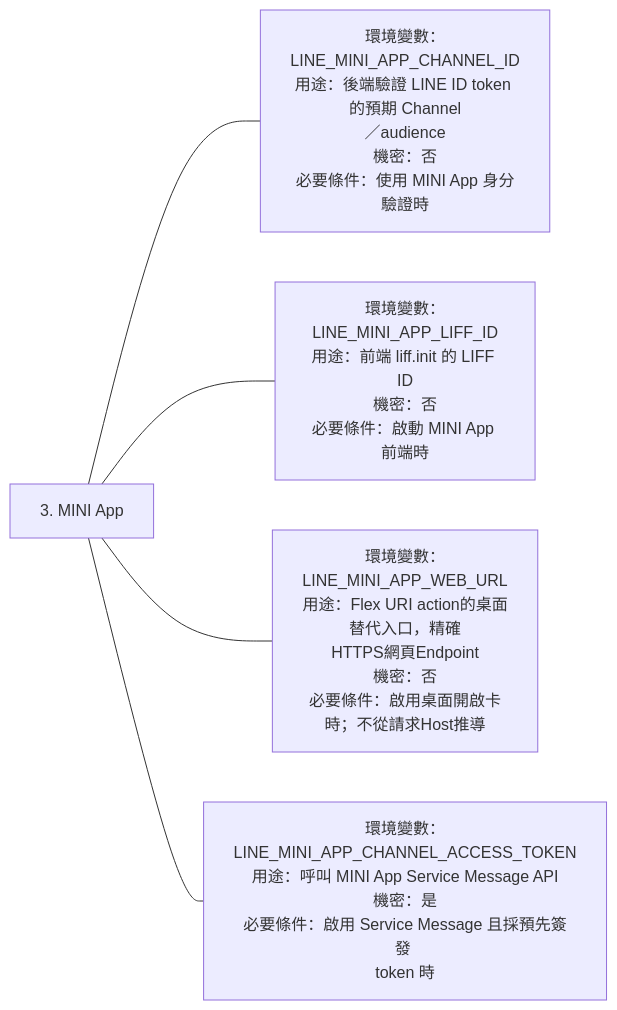
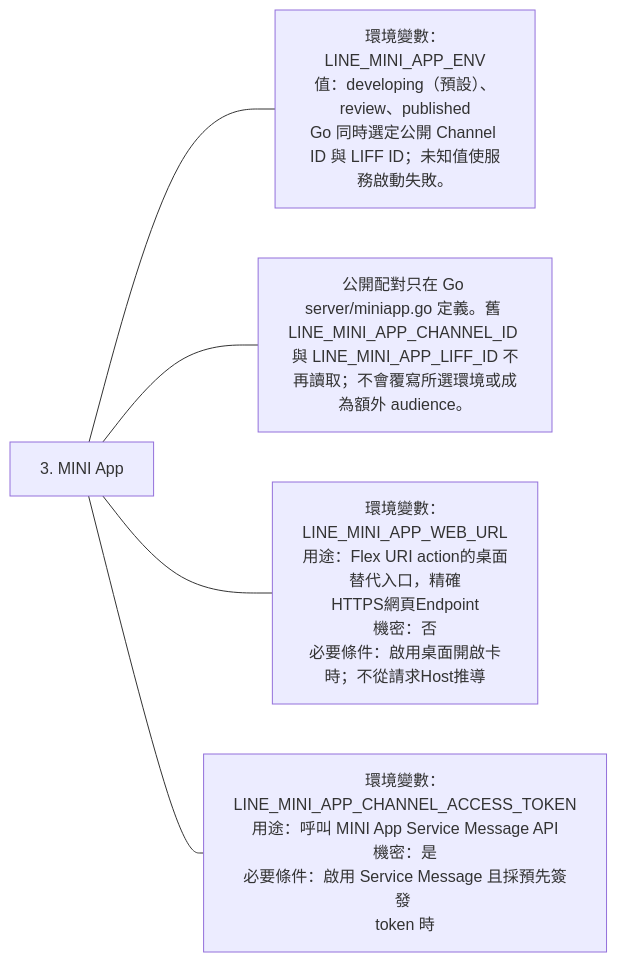
One commit to 963sup/line-mini-app-bot changed the sixth of 9 diagrams in docs/architecture/integrations/line-environment.md. Above: the diagram before and after it, drawn with Mermaid. The commit also changed other lines of this file and 12 other files, not shown here.

First line of the commit message:
feat(miniapp): select built-in public LINE environment profiles (#29)

````diff
--- a/docs/architecture/integrations/line-environment.md
+++ b/docs/architecture/integrations/line-environment.md
@@ -45,8 +45,8 @@
 ```mermaid
 flowchart LR
   h["3. MINI App"]
-  h --- n0["環境變數：LINE_MINI_APP_CHANNEL_ID<br/>用途：後端驗證 LINE ID token 的預期 Channel<br/>／audience<br/>機密：否<br/>必要條件：使用 MINI App 身分驗證時"]
-  h --- n1["環境變數：LINE_MINI_APP_LIFF_ID<br/>用途：前端 liff.init 的 LIFF ID<br/>機密：否<br/>必要條件：啟動 MINI App 前端時"]
+  h --- n0["環境變數：LINE_MINI_APP_ENV<br/>值：developing（預設）、review、published<br/>Go 同時選定公開 Channel ID 與 LIFF ID；未知值使服務啟動失敗。"]
+  h --- n1["公開配對只在 Go server/miniapp.go 定義。舊 LINE_MINI_APP_CHANNEL_ID 與 LINE_MINI_APP_LIFF_ID 不再讀取；不會覆寫所選環境或成為額外 audience。"]
   h --- n2["環境變數：LINE_MINI_APP_WEB_URL<br/>用途：Flex URI action的桌面替代入口，精確<br/>HTTPS網頁Endpoint<br/>機密：否<br/>必要條件：啟用桌面開啟卡時；不從請求Host推導"]
   h --- n3["環境變數：LINE_MINI_APP_CHANNEL_ACCESS_TOKEN<br/>用途：呼叫 MINI App Service Message API<br/>機密：是<br/>必要條件：啟用 Service Message 且採預先簽發 <br/>token 時"]
 ```
````
